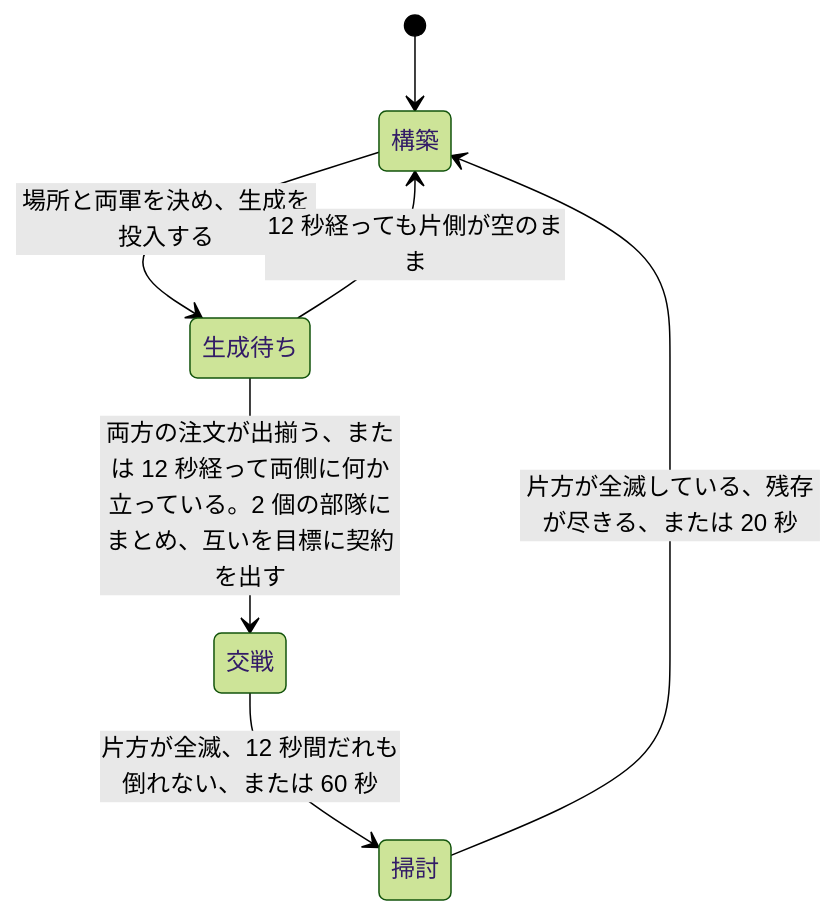
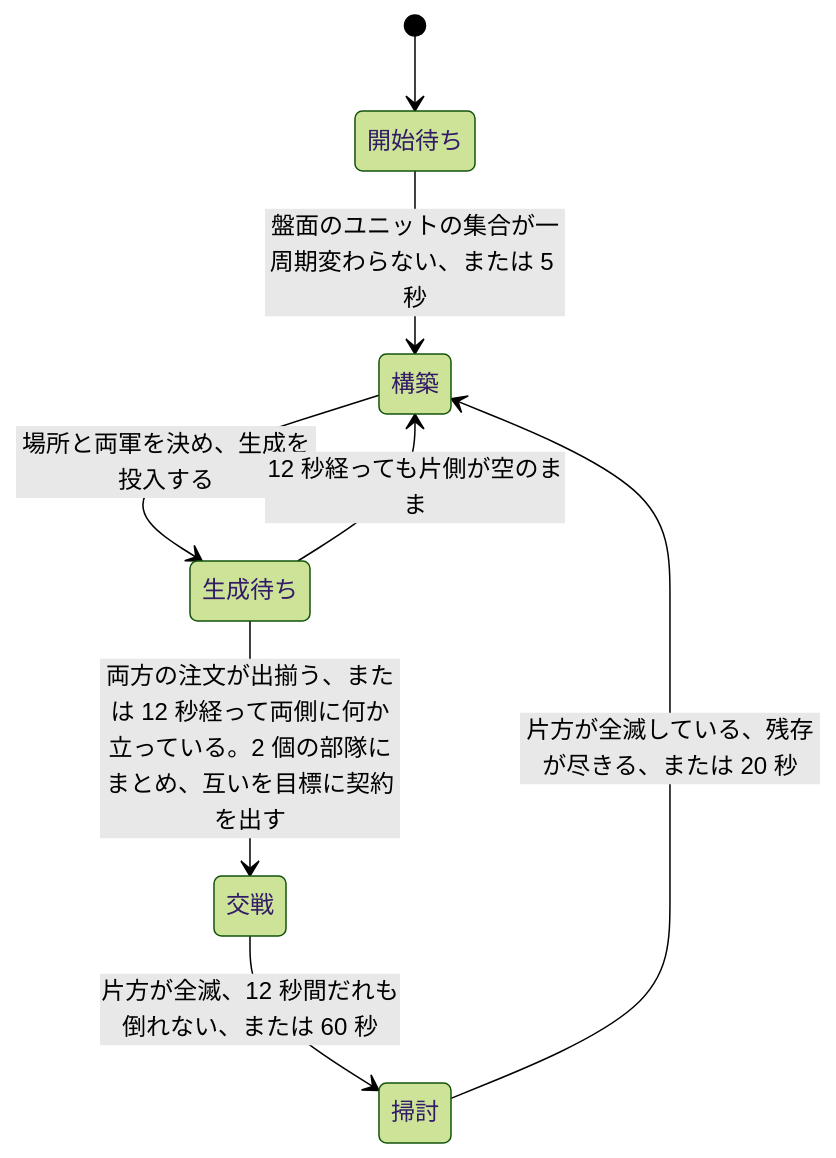
Before and after one commit to h4ribote/RW-Intel: the first of 4 diagrams in docs/project/08-learning.md, drawn with Mermaid (forest theme). The commit also changed other lines of this file and 174 other files, not shown here.

````diff
--- a/docs/project/08-learning.md
+++ b/docs/project/08-learning.md
@@ -307,9 +354,10 @@
 ```mermaid
 stateDiagram-v2
-    [*] --> 構築
+    [*] --> 開始待ち
+    開始待ち --> 構築: 盤面のユニットの集合が一周期変わらない、または 5 秒
     構築 --> 生成待ち: 場所と両軍を決め、生成を投入する
     生成待ち --> 交戦: 両方の注文が出揃う、または 12 秒経って両側に何か立っている。2 個の部隊にまとめ、互いを目標に契約を出す
     生成待ち --> 構築: 12 秒経っても片側が空のまま
     交戦 --> 掃討: 片方が全滅、12 秒間だれも倒れない、または 60 秒
     掃討 --> 構築: 片方が全滅している、残存が尽きる、または 20 秒
 ```
````
